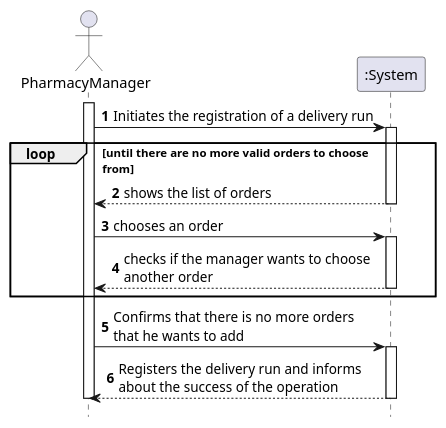
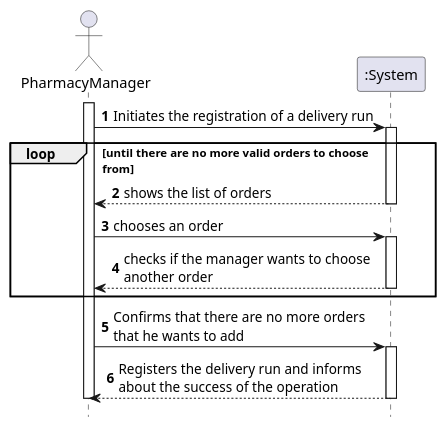
One commit to tiagoavcosta25/LAPR3 changed the diagram in docs/Iteration 2/Delivery Management/US206_RegisterDeliveryRun/US206_SSD.puml. Above: the diagram before and after it, drawn with PlantUML. The commit also changed 3 other files, not shown here.

```diff
--- a/docs/Iteration 2/Delivery Management/US206_RegisterDeliveryRun/US206_SSD.puml
+++ b/docs/Iteration 2/Delivery Management/US206_RegisterDeliveryRun/US206_SSD.puml
@@ -1,37 +1,37 @@
 @startuml
 autonumber
 hide footbox
 
 actor "PharmacyManager" as U
 
 participant ":System" as SYST
 
 activate U
 
 U -> SYST : Initiates the registration of a delivery run
 activate SYST
 
 loop until there are no more valid orders to choose\nfrom
 SYST --> U: shows the list of orders
 
 deactivate SYST
 
 
 
 U -> SYST : chooses an order
 activate SYST
 SYST --> U : checks if the manager wants to choose\nanother order
 deactivate SYST
 end
 
-U -> SYST : Confirms that there is no more orders\nthat he wants to add
+U -> SYST : Confirms that there are no more orders\nthat he wants to add
 
 activate SYST
 SYST --> U : Registers the delivery run and informs\nabout the success of the operation
 deactivate SYST
 
 
 
 deactivate U
 
 @enduml
```
